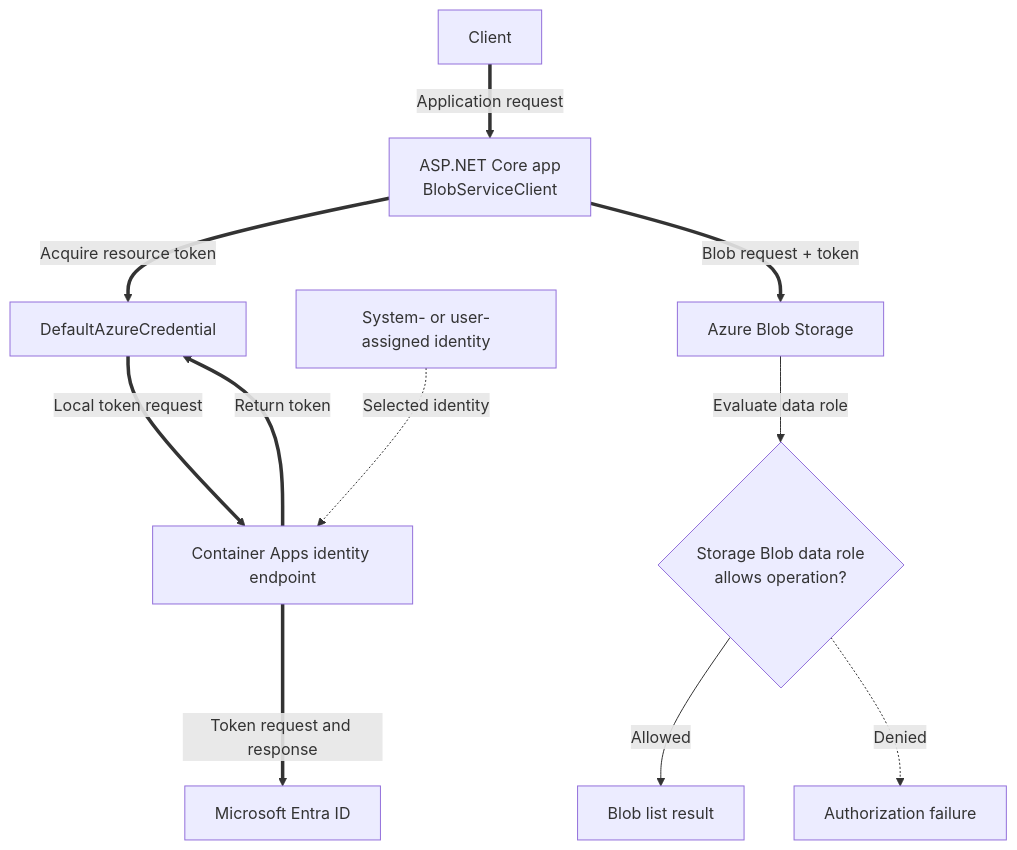
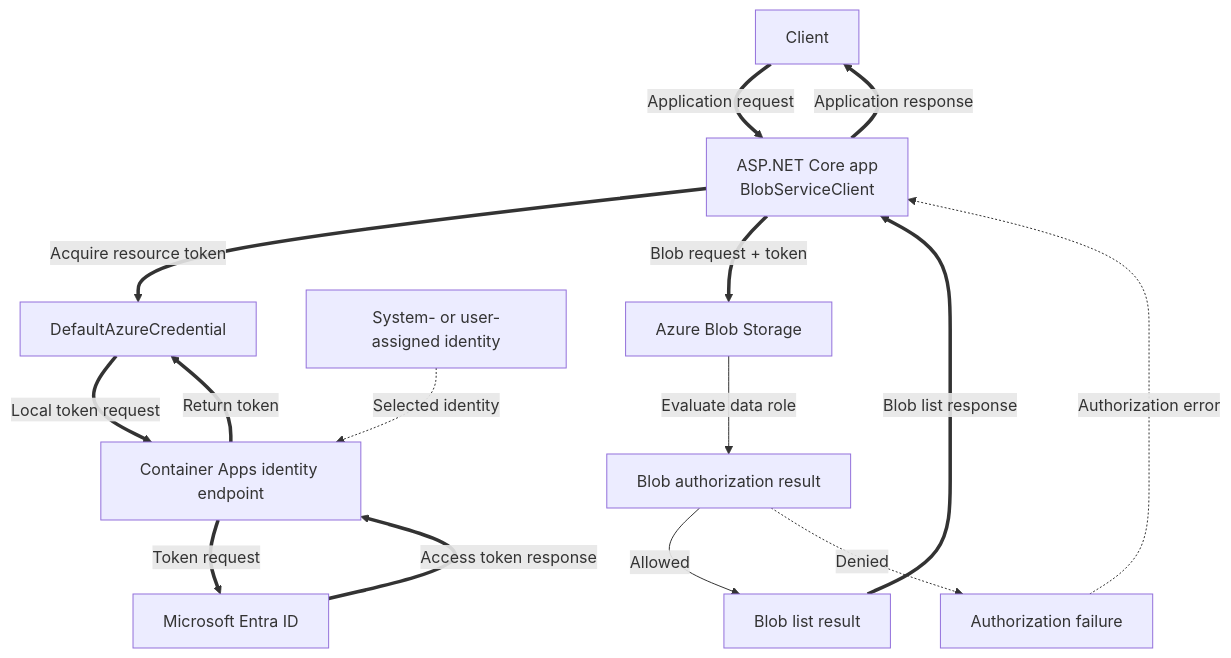
The diagram in docs/language-guides/dotnet/recipes/managed-identity.md (yeongseon/azure-container-apps-practical-guide), drawn with Mermaid before and after one commit. The commit also changed other lines of this file and 22 other files, not shown here.

````diff
--- a/docs/language-guides/dotnet/recipes/managed-identity.md
+++ b/docs/language-guides/dotnet/recipes/managed-identity.md
@@ -16,26 +16,30 @@
 ```mermaid
 flowchart TD
     accTitle: DefaultAzureCredential access from ASP.NET Core
     accDescr: ASP.NET Core uses DefaultAzureCredential to request a resource-scoped token from the local Container Apps identity endpoint. Microsoft Entra ID issues the token, and Blob Storage independently evaluates the identity's Blob data role before allowing or denying the operation.
     CLIENT[Client]
     APP[ASP.NET Core app<br/>BlobServiceClient]
     CREDENTIAL[DefaultAzureCredential]
     ENDPOINT[Container Apps identity endpoint]
     IDENTITY[System- or user-assigned identity]
     ENTRA[Microsoft Entra ID]
     BLOB[Azure Blob Storage]
-    AUTHZ{Storage Blob data role<br/>allows operation?}
+    AUTHZ[Blob authorization result]
     RESULT[Blob list result]
     DENIED[Authorization failure]
 
     CLIENT ==>|"Application request"| APP
     APP ==>|"Acquire resource token"| CREDENTIAL
     CREDENTIAL ==>|"Local token request"| ENDPOINT
     IDENTITY -.->|"Selected identity"| ENDPOINT
-    ENDPOINT ==>|"Token request and response"| ENTRA
+    ENDPOINT ==>|"Token request"| ENTRA
+    ENTRA ==>|"Access token response"| ENDPOINT
     ENDPOINT ==>|"Return token"| CREDENTIAL
     APP ==>|"Blob request + token"| BLOB
     BLOB -->|"Evaluate data role"| AUTHZ
     AUTHZ -->|"Allowed"| RESULT
     AUTHZ -.->|"Denied"| DENIED
+    RESULT ==>|"Blob list response"| APP
+    DENIED -.->|"Authorization error"| APP
+    APP ==>|"Application response"| CLIENT
 ```
````
